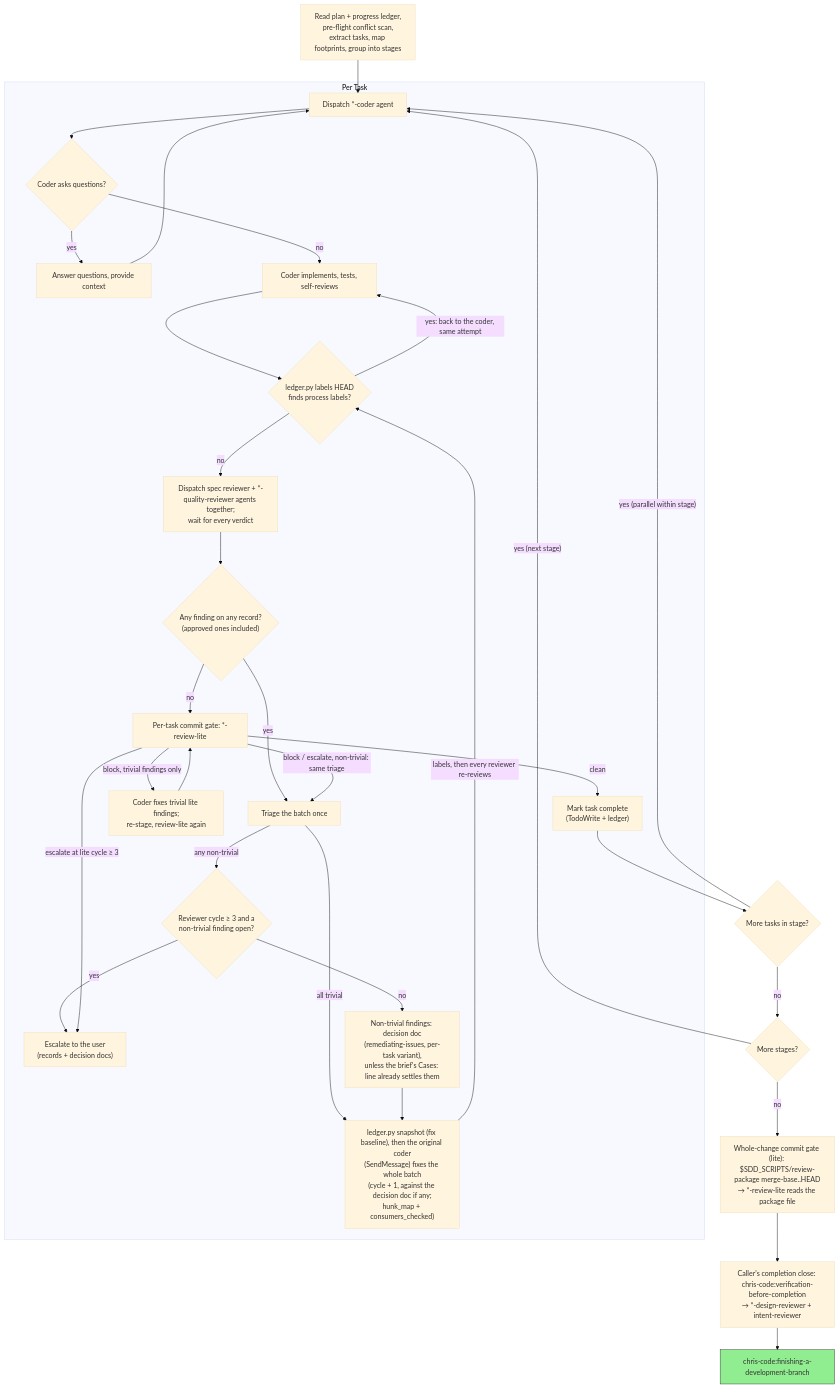
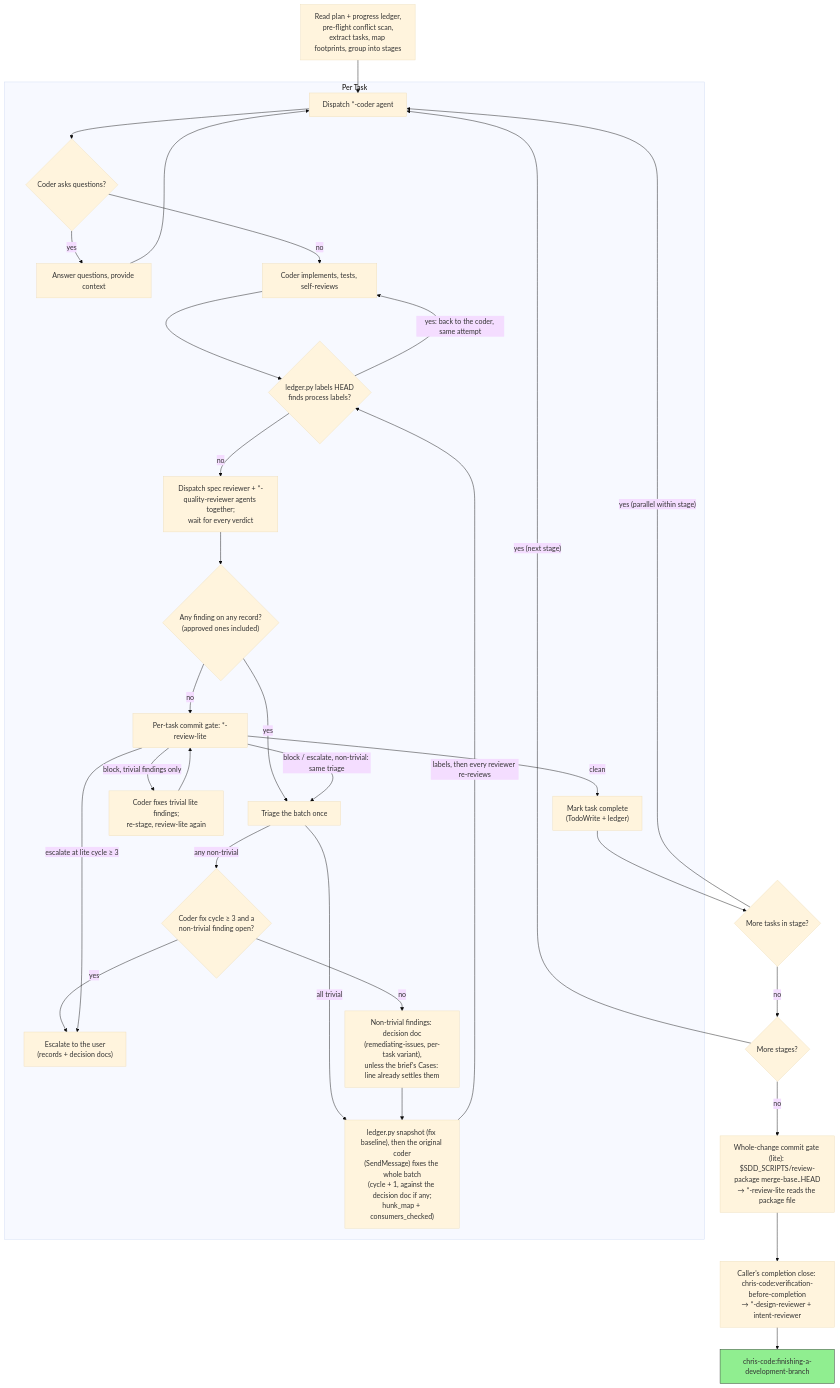
Before and after one commit to chris-santiago/claude-plugins: the diagram in chris-code/skills/subagent-driven-development/SKILL.md, drawn with Mermaid (base theme). The commit also changed other lines of this file and 2 other files, not shown here.

First line of the commit message:
Count escalation by the coder's fix cycle; close findings only by re-review

````diff
--- a/chris-code/skills/subagent-driven-development/SKILL.md
+++ b/chris-code/skills/subagent-driven-development/SKILL.md
@@ -28,59 +28,59 @@
 ```mermaid
 flowchart TB
     subgraph Per Task
         coder["Dispatch *-coder agent"]
         questions{"Coder asks questions?"}
         answer["Answer questions, provide context"]
         implement["Coder implements, tests, self-reviews"]
         labels{"ledger.py labels HEAD<br/>finds process labels?"}
         reviews["Dispatch spec reviewer + *-quality-reviewer agents together;<br/>wait for every verdict"]
         reviews_ok{"Any finding on any record?<br/>(approved ones included)"}
         triage["Triage the batch once"]
-        cap{"Reviewer cycle ≥ 3 and a<br/>non-trivial finding open?"}
+        cap{"Coder fix cycle ≥ 3 and a<br/>non-trivial finding open?"}
         escalate["Escalate to the user<br/>(records + decision docs)"]
         decision["Non-trivial findings: decision doc<br/>(remediating-issues, per-task variant),<br/>unless the brief's Cases: line already settles them"]
         fix["ledger.py snapshot (fix baseline), then the original coder<br/>(SendMessage) fixes the whole batch<br/>(cycle + 1, against the decision doc if any;<br/>hunk_map + consumers_checked)"]
         lite_fix["Coder fixes trivial lite findings;<br/>re-stage, review-lite again"]
         commit_gate["Per-task commit gate: *-review-lite"]
         done["Mark task complete<br/>(TodoWrite + ledger)"]
     end
 
     read["Read plan + progress ledger,<br/>pre-flight conflict scan,<br/>extract tasks, map footprints, group into stages"]
     more_tasks{"More tasks in stage?"}
     more_stages{"More stages?"}
     final_gate["Whole-change commit gate (lite): $SDD_SCRIPTS/review-package merge-base..HEAD<br/>→ *-review-lite reads the package file"]
     verification["Caller's completion close: chris-code:verification-before-completion<br/>→ *-design-reviewer + intent-reviewer"]
     finish["chris-code:finishing-a-development-branch"]:::finish
 
     read --> coder
     coder --> questions
     questions -->|yes| answer
     answer --> coder
     questions -->|no| implement
     implement --> labels
     labels -->|"yes: back to the coder, same attempt"| implement
     labels -->|no| reviews
     reviews --> reviews_ok
     reviews_ok -->|yes| triage
     triage -->|all trivial| fix
     triage -->|any non-trivial| cap
     cap -->|yes| escalate
     cap -->|no| decision
     decision --> fix
     fix -->|"labels, then every reviewer re-reviews"| labels
     reviews_ok -->|no| commit_gate
     commit_gate -->|"block, trivial findings only"| lite_fix
     lite_fix --> commit_gate
     commit_gate -->|"block / escalate, non-trivial: same triage"| triage
     commit_gate -->|"escalate at lite cycle ≥ 3"| escalate
     commit_gate -->|clean| done
     done --> more_tasks
     more_tasks -->|"yes (parallel within stage)"| coder
     more_tasks -->|no| more_stages
     more_stages -->|"yes (next stage)"| coder
     more_stages -->|no| final_gate
     final_gate --> verification
     verification --> finish
 
     classDef finish fill:#90EE90,stroke:#333
 ```
````
